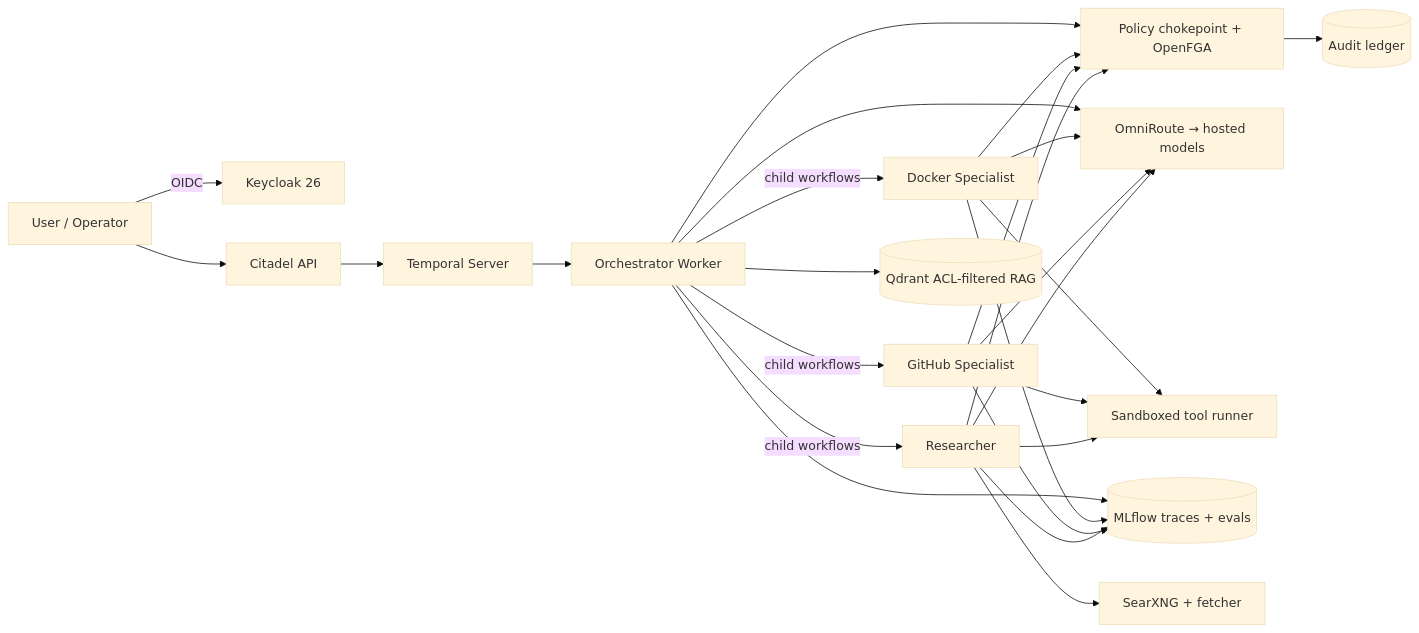
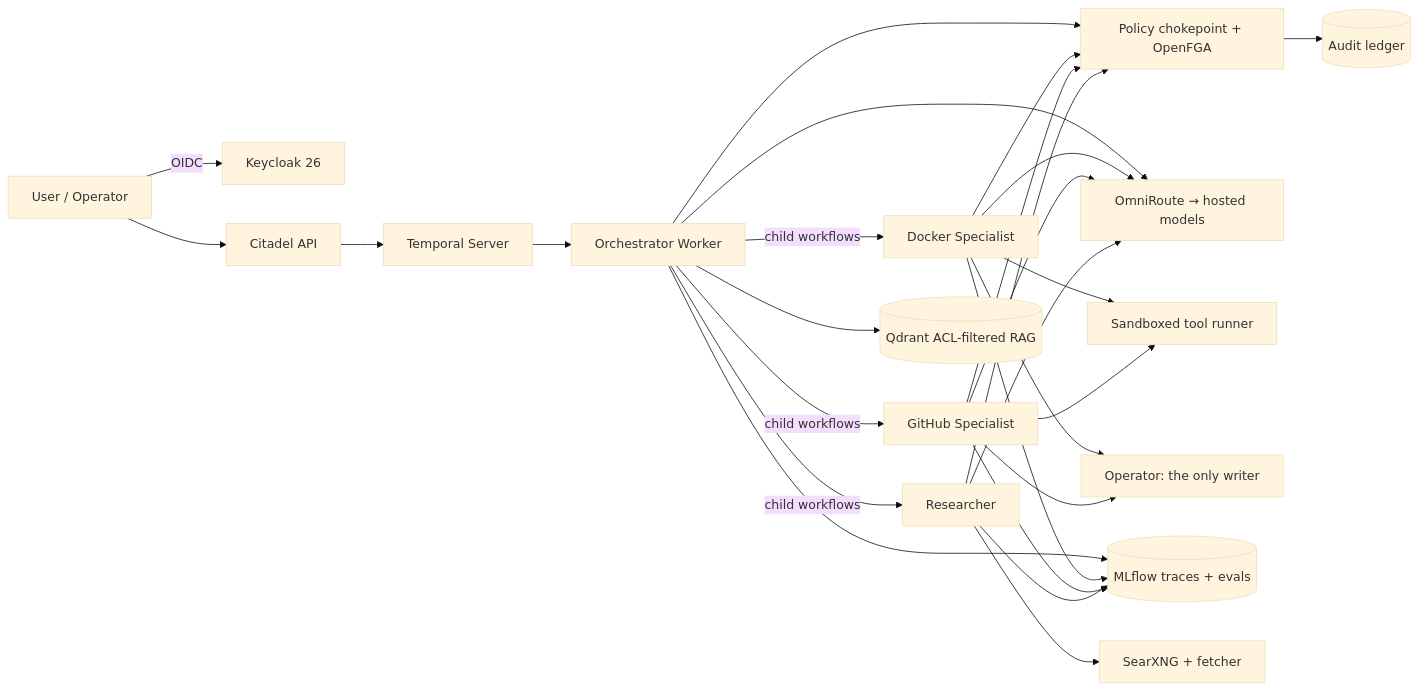
Before and after one commit to glaborie/citadel: the diagram in README.md, drawn with Mermaid (base theme). The commit also changed other lines of this file, not shown here.

````diff
--- a/README.md
+++ b/README.md
@@ -34,17 +62,18 @@
 ```mermaid
 flowchart LR
     U[User / Operator] -->|OIDC| KC[Keycloak 26]
     U --> API[Citadel API]
     API --> T[Temporal Server]
     T --> W[Orchestrator Worker]
     W -->|child workflows| D[Docker Specialist]
     W -->|child workflows| G[GitHub Specialist]
     W -->|child workflows| R[Researcher]
     W & D & G & R --> P[Policy chokepoint + OpenFGA]
     W & D & G & R --> GW[OmniRoute → hosted models]
-    D & G & R --> SBX[Sandboxed tool runner]
+    D & G --> SBX[Sandboxed tool runner]
+    D & G --> OP[Operator: the only writer]
     P --> AUD[(Audit ledger)]
     W & D & G & R --> ML[(MLflow traces + evals)]
     R --> WEB[SearXNG + fetcher]
     W --> Q[(Qdrant ACL-filtered RAG)]
 ```
````
